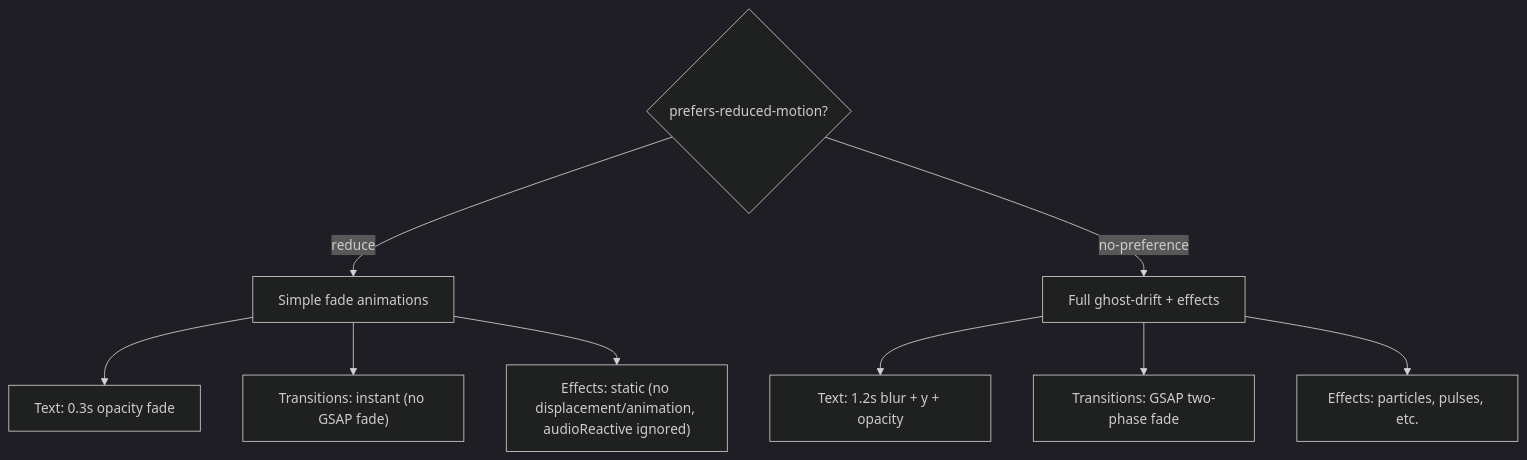
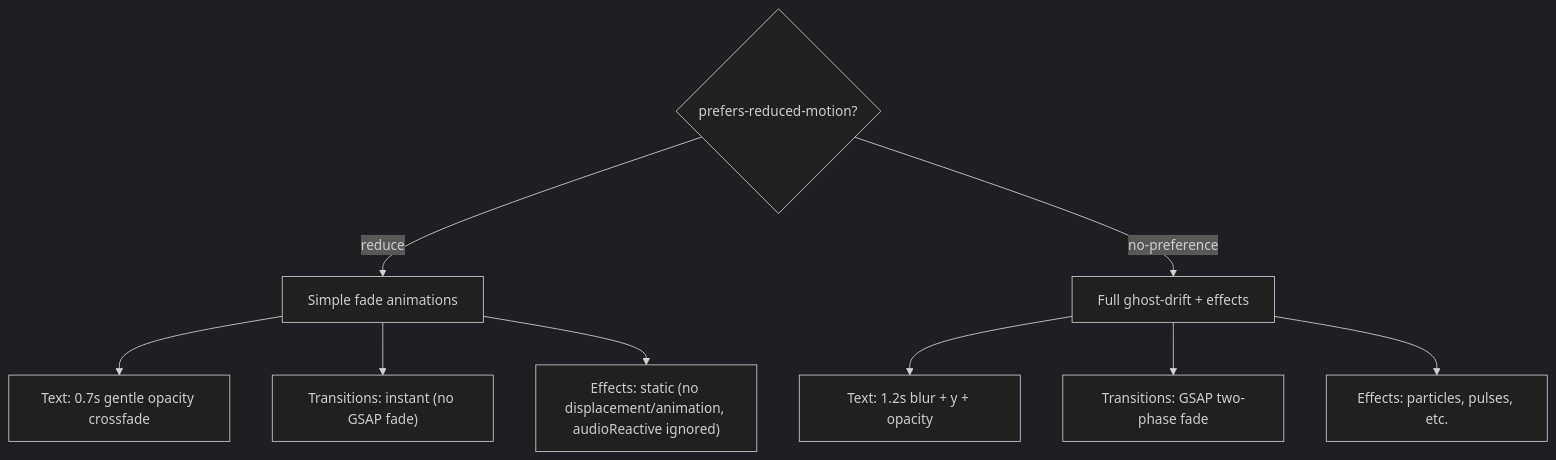
The second of 3 diagrams in docs/accessibility.md (anchildress1/carbon-trace), drawn with Mermaid (dark theme) before and after one commit. The commit also changed other lines of this file and 13 other files, not shown here.

First line of the commit message:
fix: sync caption timeline start with narration playback (#57)

````diff
--- a/docs/accessibility.md
+++ b/docs/accessibility.md
@@ -92,13 +92,13 @@
 ```mermaid
 flowchart TD
     A{prefers-reduced-motion?} -->|reduce| B[Simple fade animations]
     A -->|no-preference| C[Full ghost-drift + effects]
 
-    B --> D["Text: 0.3s opacity fade"]
+    B --> D["Text: 0.7s gentle opacity crossfade"]
     B --> E["Transitions: instant (no GSAP fade)"]
     B --> F["Effects: static (no displacement/animation, audioReactive ignored)"]
 
     C --> H["Text: 1.2s blur + y + opacity"]
     C --> I["Transitions: GSAP two-phase fade"]
     C --> J["Effects: particles, pulses, etc."]
 ```
````
